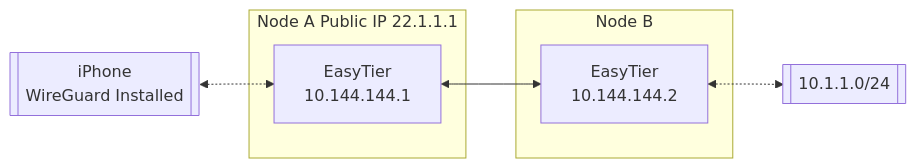
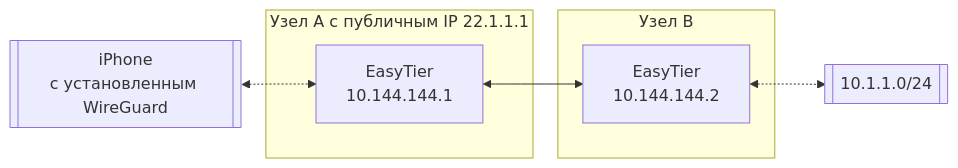
One commit to BeySoNoK/EasyTierBSN changed the second of 2 diagrams in README_RU.md. Above: the diagram before and after it, drawn with Mermaid.

````diff
--- a/README_RU.md
+++ b/README_RU.md
@@ -221,16 +221,17 @@
 ```mermaid
 flowchart LR
-ios[[iPhone<br/>WireGuard Installed]]
 
-subgraph Node A Public IP 22.1.1.1
+ios[[iPhone<br/>с установленным WireGuard]]
+
+subgraph Узел A с публичным IP 22.1.1.1
 nodea[EasyTier<br/>10.144.144.1]
 end
 
-subgraph Node B
+subgraph Узел B
 nodeb[EasyTier<br/>10.144.144.2]
 end
 
 id1[[10.1.1.0/24]]
 
 ios <-.-> nodea <--> nodeb <-.-> id1
 ```
````
